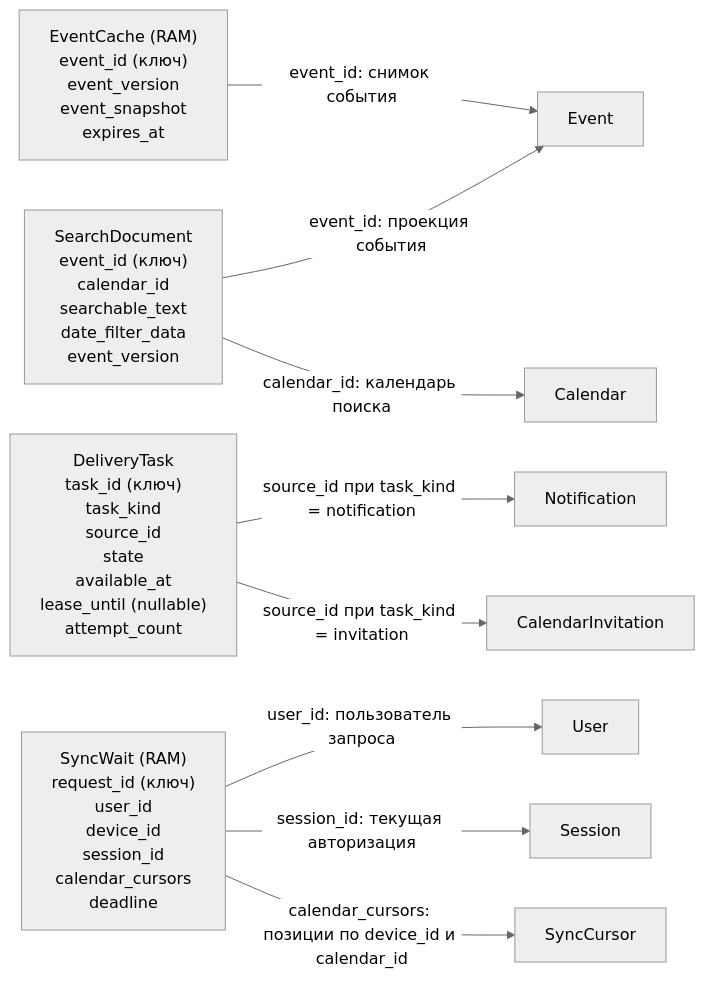
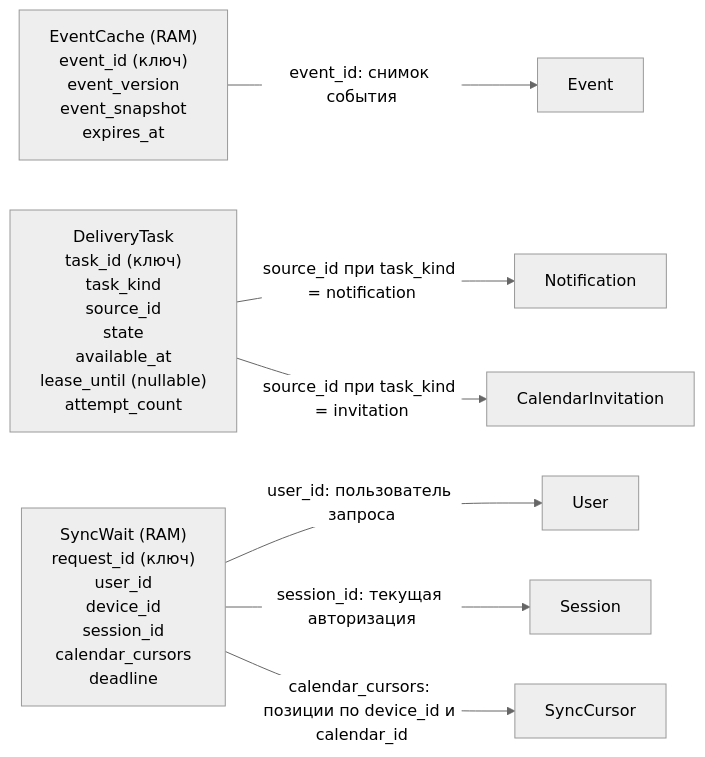
One commit to Klumaks/Highload_Google_Calendar changed the second of 3 diagrams in README.md. Above: the diagram before and after it, drawn with Mermaid (neutral theme). The commit also changed other lines of this file, not shown here.

````diff
--- a/README.md
+++ b/README.md
@@ -621,46 +631,37 @@
 ```mermaid
 flowchart LR
-    searchDoc["SearchDocument
-event_id (ключ)
-calendar_id
-searchable_text
-date_filter_data
-event_version"]
     eventCache["EventCache (RAM)
 event_id (ключ)
 event_version
 event_snapshot
 expires_at"]
     deliveryTask["DeliveryTask
 task_id (ключ)
 task_kind
 source_id
 state
 available_at
 lease_until (nullable)
 attempt_count"]
     syncWait["SyncWait (RAM)
 request_id (ключ)
 user_id
 device_id
 session_id
 calendar_cursors
 deadline"]
 
     eventRef["Event"]
-    calendarRef["Calendar"]
     notificationRef["Notification"]
     invitationRef["CalendarInvitation"]
     userRef["User"]
     sessionRef["Session"]
     cursorRef["SyncCursor"]
 
-    searchDoc -->|"event_id: проекция события"| eventRef
-    searchDoc -->|"calendar_id: календарь поиска"| calendarRef
     eventCache -->|"event_id: снимок события"| eventRef
     deliveryTask -->|"source_id при task_kind = notification"| notificationRef
     deliveryTask -->|"source_id при task_kind = invitation"| invitationRef
     syncWait -->|"user_id: пользователь запроса"| userRef
     syncWait -->|"session_id: текущая авторизация"| sessionRef
     syncWait -->|"calendar_cursors: позиции по device_id и calendar_id"| cursorRef
 ```
````
